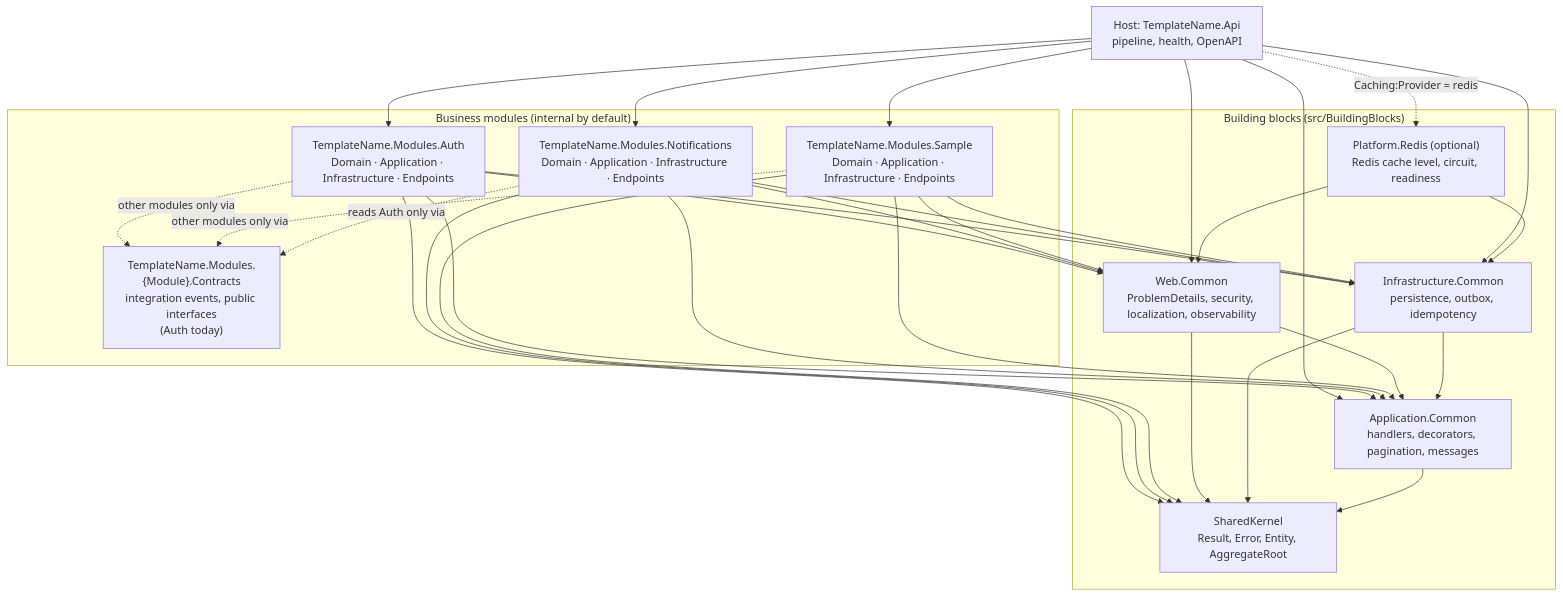
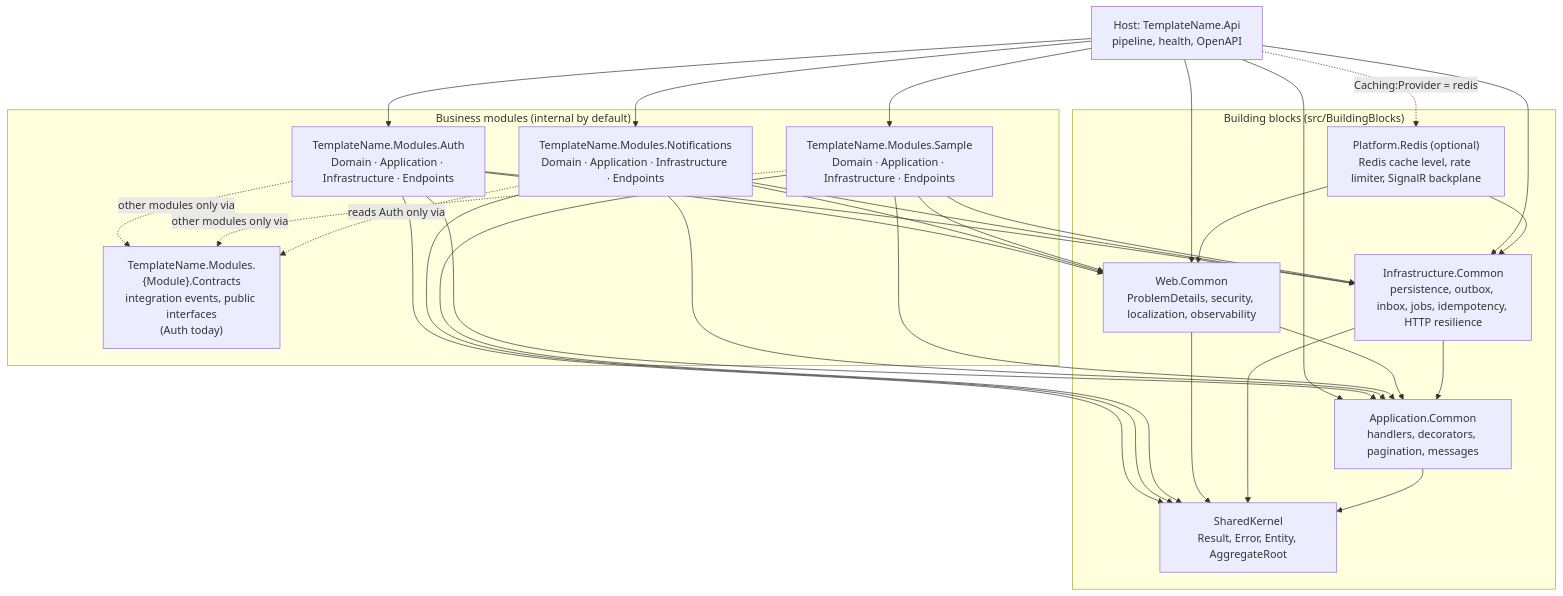
Before and after one commit to jackyjiale-oss/modulith-backend: the first of 3 diagrams in docs/architecture/overview.md, drawn with Mermaid. The commit also changed other lines of this file and 25 other files, not shown here.

First line of the commit message:
docs: document the platform services and update the roadmap

````diff
--- a/docs/architecture/overview.md
+++ b/docs/architecture/overview.md
@@ -7,49 +7,49 @@
 ```mermaid
 flowchart TD
     Api["Host: TemplateName.Api<br/>pipeline, health, OpenAPI"]
 
     subgraph Modules["Business modules (internal by default)"]
         Auth["TemplateName.Modules.Auth<br/>Domain · Application · Infrastructure · Endpoints"]
         Notifications["TemplateName.Modules.Notifications<br/>Domain · Application · Infrastructure · Endpoints"]
         Sample["TemplateName.Modules.Sample<br/>Domain · Application · Infrastructure · Endpoints"]
         Contracts["TemplateName.Modules.{Module}.Contracts<br/>integration events, public interfaces<br/>(Auth today)"]
     end
 
     subgraph BuildingBlocks["Building blocks (src/BuildingBlocks)"]
         Web["Web.Common<br/>ProblemDetails, security, localization, observability"]
-        Infra["Infrastructure.Common<br/>persistence, outbox, idempotency"]
+        Infra["Infrastructure.Common<br/>persistence, outbox, inbox, jobs, idempotency, HTTP resilience"]
         App["Application.Common<br/>handlers, decorators, pagination, messages"]
         Kernel["SharedKernel<br/>Result, Error, Entity, AggregateRoot"]
-        Redis["Platform.Redis (optional)<br/>Redis cache level, circuit, readiness"]
+        Redis["Platform.Redis (optional)<br/>Redis cache level, rate limiter, SignalR backplane"]
     end
 
     Api --> Auth
     Api --> Notifications
     Api --> Sample
     Api --> Web
     Api --> Infra
     Api --> App
     Api -. "Caching:Provider = redis" .-> Redis
     Auth -. "other modules only via" .-> Contracts
     Sample -. "other modules only via" .-> Contracts
     Notifications -. "reads Auth only via" .-> Contracts
     Auth --> Web
     Auth --> Infra
     Auth --> App
     Auth --> Kernel
     Notifications --> Web
     Notifications --> Infra
     Notifications --> App
     Notifications --> Kernel
     Sample --> Web
     Sample --> Infra
     Sample --> App
     Sample --> Kernel
     Web --> App
     Infra --> App
     Web --> Kernel
     Infra --> Kernel
     App --> Kernel
     Redis --> Infra
     Redis --> Web
 ```
````
